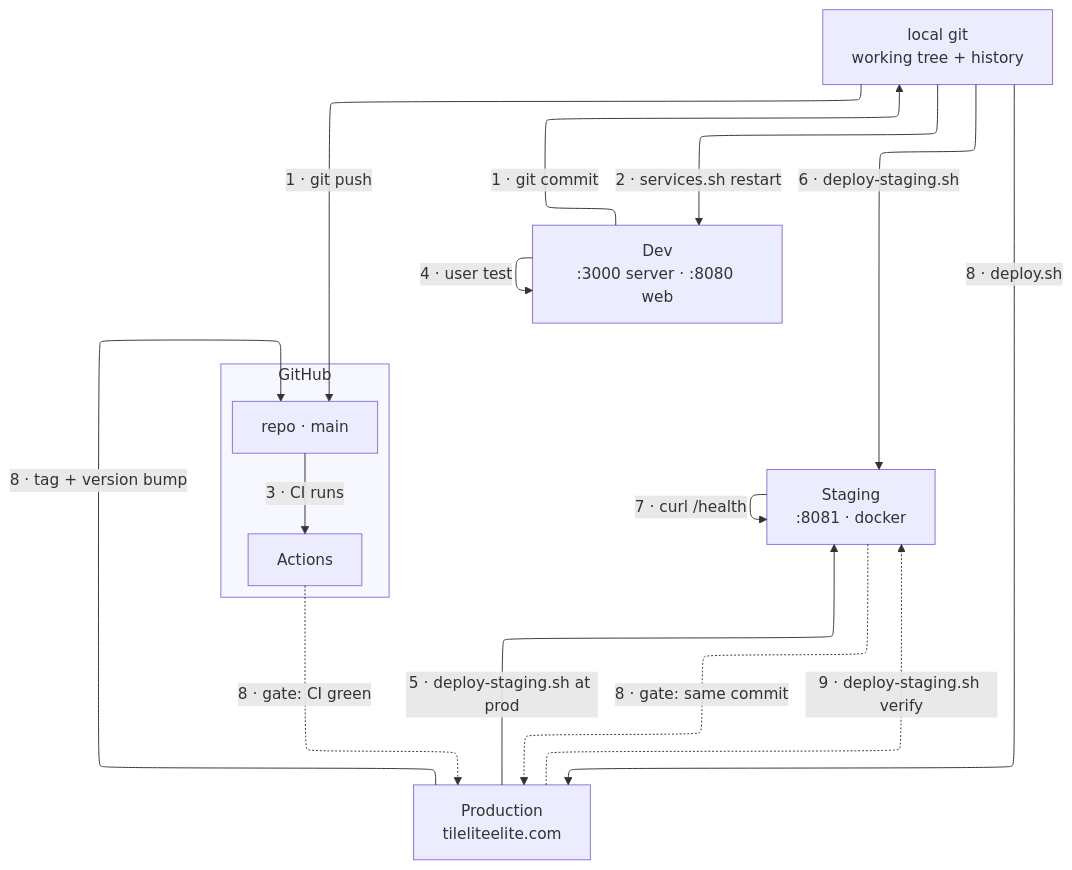
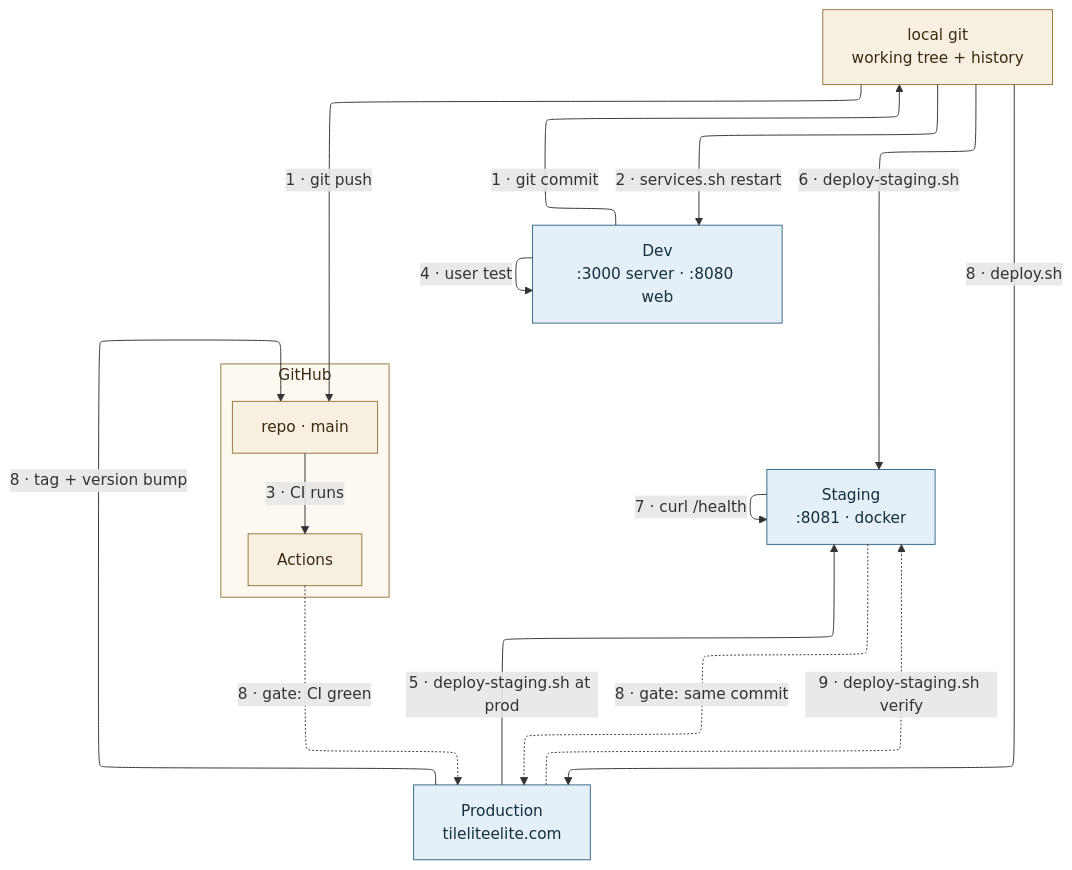
One commit to SteveStyle/scrabble-px changed the diagram in docs/diagrams/release-flow.mmd. Above: the diagram before and after it, drawn with Mermaid. The commit also changed 3 other files, not shown here.

First line of the commit message:
app 0.4.14 api 2.6: colour the release diagram by what a box does

```diff
--- a/docs/diagrams/release-flow.mmd
+++ b/docs/diagrams/release-flow.mmd
@@ -1,33 +1,37 @@
 ---
 config:
   layout: elk
   elk:
     nodePlacementStrategy: BRANDES_KOEPF
 ---
 flowchart TB
     DEV["Dev<br/>:3000 server · :8080 web"]
     STG["Staging<br/>:8081 · docker"]
     PROD["Production<br/>tileliteelite.com"]
     LG["local git<br/>working tree + history"]
     subgraph GH["GitHub"]
         REPO["repo · main"]
         ACT["Actions"]
     end
 
     DEV ~~~ STG
     STG ~~~ PROD
     DEV -->|"1 · git commit"| LG
     LG -->|"1 · git push"| REPO
     REPO -->|"3 · CI runs"| ACT
     LG -->|"2 · services.sh restart"| DEV
     LG -->|"6 · deploy-staging.sh"| STG
     LG -->|"8 · deploy.sh"| PROD
     DEV -->|"4 · user test"| DEV
     STG -->|"7 · curl /health"| STG
     PROD -->|"5 · deploy-staging.sh at prod"| STG
     ACT -.->|"8 · gate: CI green"| PROD
     STG -.->|"8 · gate: same commit"| PROD
     PROD -->|"8 · tag + version bump"| REPO
     PROD -.->|"9 · deploy-staging.sh verify"| STG
 
-    style GH fill:#f7f7ff,stroke:#9370DB
+    classDef env fill:#e4eff8,stroke:#39698c,color:#12303f
+    classDef repo fill:#f7efe0,stroke:#96763f,color:#3a2c12
+    class DEV,STG,PROD env
+    class LG,REPO,ACT repo
+    style GH fill:#fdf9f1,stroke:#96763f,color:#3a2c12
```
